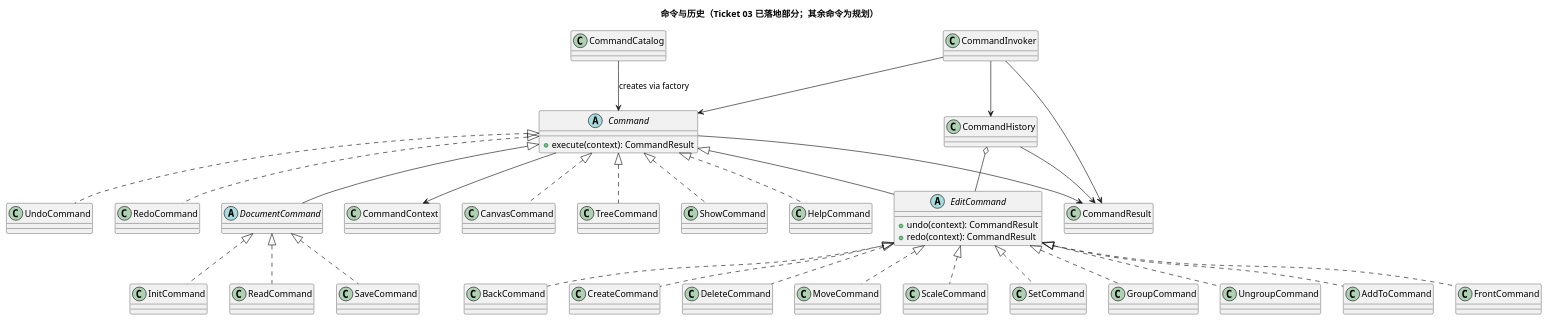
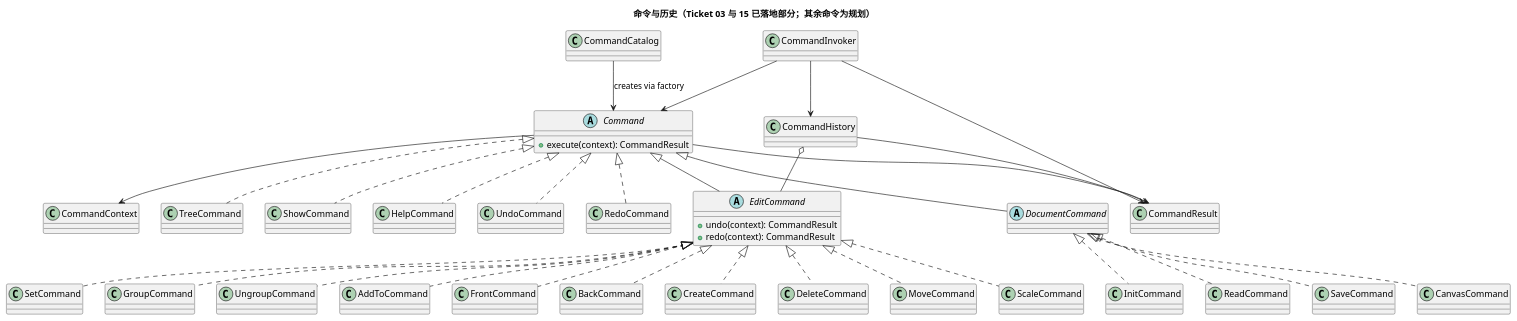
Before and after one commit to NQC233/svg-editor-lab1: the second of 2 diagrams in doc/class-model.puml, drawn with PlantUML. The commit also changed 4 other files, not shown here.

Commit message:
docs: record ticket 15 canvas resize

```diff
--- a/doc/class-model.puml
+++ b/doc/class-model.puml
@@ -75,71 +75,71 @@
 @startuml
-title 命令与历史（Ticket 03 已落地部分；其余命令为规划）
+title 命令与历史（Ticket 03 与 15 已落地部分；其余命令为规划）
 
 abstract class Command {
   +execute(context): CommandResult
 }
 
 abstract class DocumentCommand
 
 abstract class EditCommand {
   +undo(context): CommandResult
   +redo(context): CommandResult
 }
 
 class CommandResult
 class CommandCatalog
 class CommandInvoker
 class CommandHistory
 class CommandContext
 
 class "CreateCommand" as Create
 class "DeleteCommand" as Delete
 class "MoveCommand" as Move
 class "ScaleCommand" as Scale
 class "SetCommand" as Set
 class "GroupCommand" as GroupCmd
 class "UngroupCommand" as Ungroup
 class "AddToCommand" as AddTo
 class "FrontCommand" as Front
 class "BackCommand" as Back
 class "InitCommand" as Init
 class "ReadCommand" as Read
 class "SaveCommand" as Save
 class "CanvasCommand" as Canvas
 class "TreeCommand" as Tree
 class "ShowCommand" as Show
 class "HelpCommand" as Help
 class "UndoCommand" as Undo
 class "RedoCommand" as Redo
 
 Command <|-- EditCommand
 Command <|-- DocumentCommand
 EditCommand <|.. Create
 EditCommand <|.. Delete
 EditCommand <|.. Move
 EditCommand <|.. Scale
 EditCommand <|.. Set
 EditCommand <|.. GroupCmd
 EditCommand <|.. Ungroup
 EditCommand <|.. AddTo
 EditCommand <|.. Front
 EditCommand <|.. Back
 DocumentCommand <|.. Init
 DocumentCommand <|.. Read
 DocumentCommand <|.. Save
-Command <|.. Canvas
+DocumentCommand <|.. Canvas
 Command <|.. Tree
 Command <|.. Show
 Command <|.. Help
 Command <|.. Undo
 Command <|.. Redo
 
 CommandInvoker --> CommandHistory
 CommandInvoker --> Command
 CommandInvoker --> CommandResult
 CommandCatalog --> Command : creates via factory
 CommandHistory o-- EditCommand
 CommandHistory --> CommandResult
 Command --> CommandContext
 Command --> CommandResult
 @enduml
```
